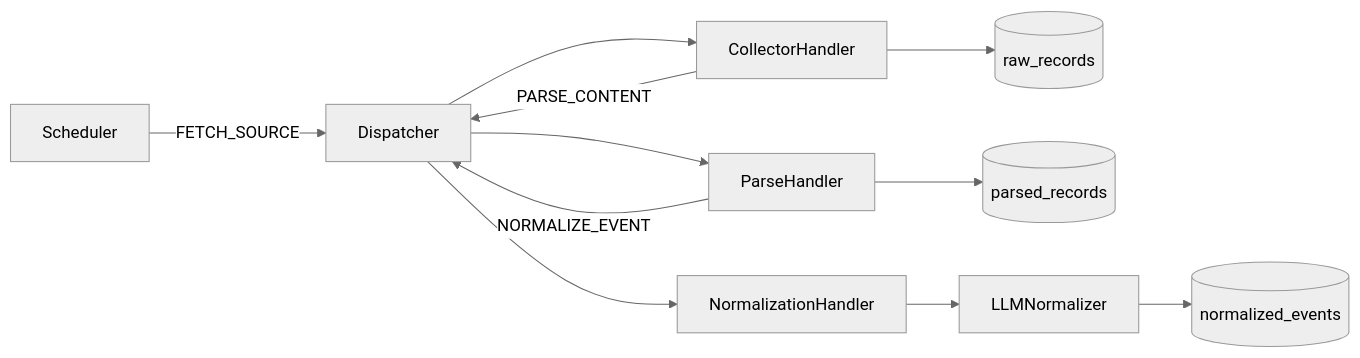
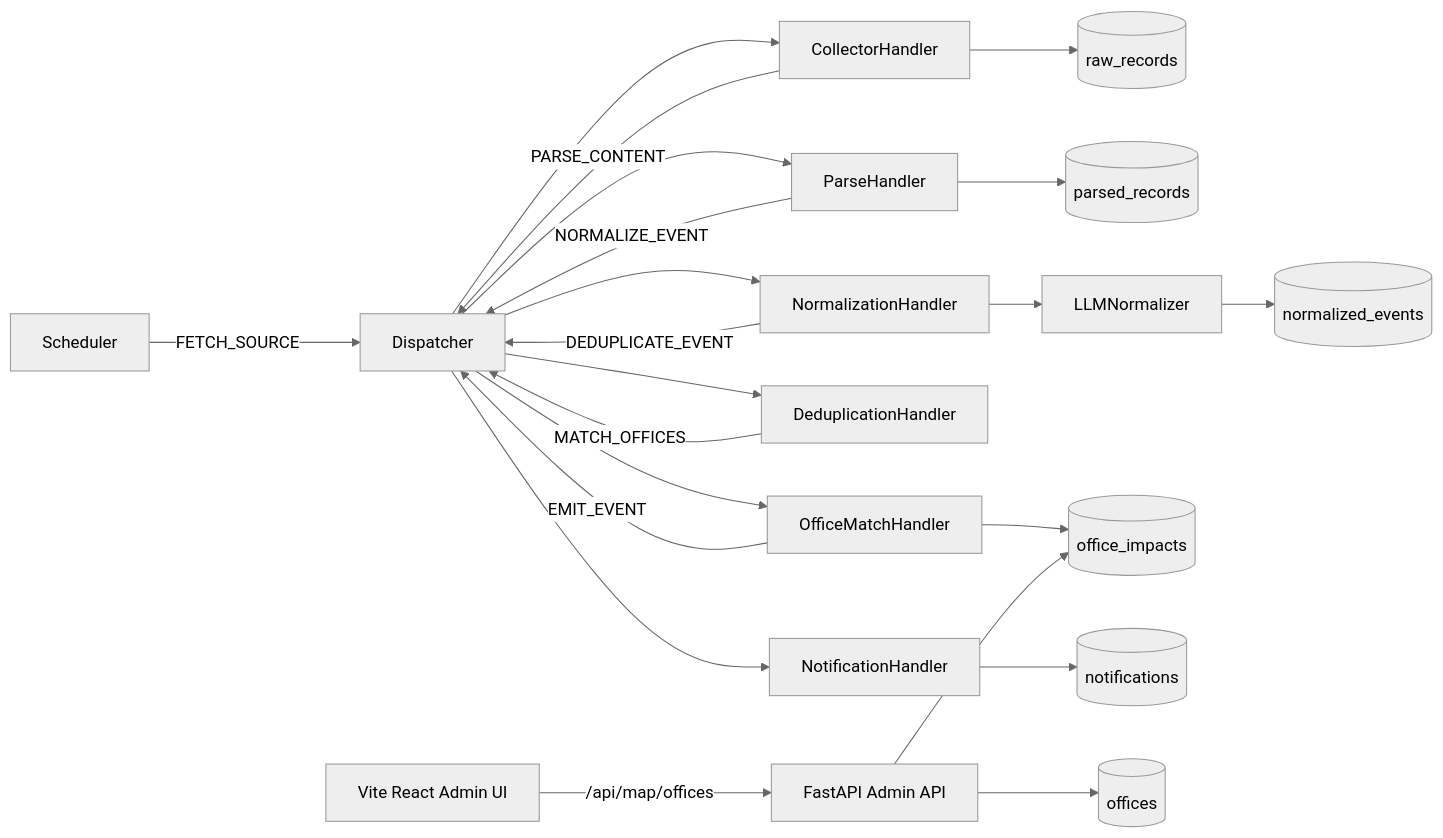
Before and after one commit to Ondotteess/power-outage-agent: the diagram in docs/arch.md, drawn with Mermaid (neutral theme). The commit also changed other lines of this file and 4 other files, not shown here.

````diff
--- a/docs/arch.md
+++ b/docs/arch.md
@@ -9,13 +9,24 @@
 ```mermaid
 flowchart LR
     Scheduler -->|FETCH_SOURCE| Dispatcher
     Dispatcher --> CollectorHandler
     CollectorHandler --> RawStore[(raw_records)]
     CollectorHandler -->|PARSE_CONTENT| Dispatcher
     Dispatcher --> ParseHandler
     ParseHandler --> ParsedStore[(parsed_records)]
     ParseHandler -->|NORMALIZE_EVENT| Dispatcher
     Dispatcher --> NormalizationHandler
     NormalizationHandler --> LLMNormalizer
     LLMNormalizer --> NormalizedEventStore[(normalized_events)]
+    NormalizationHandler -->|DEDUPLICATE_EVENT| Dispatcher
+    Dispatcher --> DeduplicationHandler
+    DeduplicationHandler -->|MATCH_OFFICES| Dispatcher
+    Dispatcher --> OfficeMatchHandler
+    OfficeMatchHandler --> OfficeImpactStore[(office_impacts)]
+    OfficeMatchHandler -->|EMIT_EVENT| Dispatcher
+    Dispatcher --> NotificationHandler
+    NotificationHandler --> NotificationStore[(notifications)]
+    AdminAPI[FastAPI Admin API] --> OfficeStore[(offices)]
+    AdminAPI --> OfficeImpactStore
+    WebUI[Vite React Admin UI] -->|/api/map/offices| AdminAPI
 ```
````
